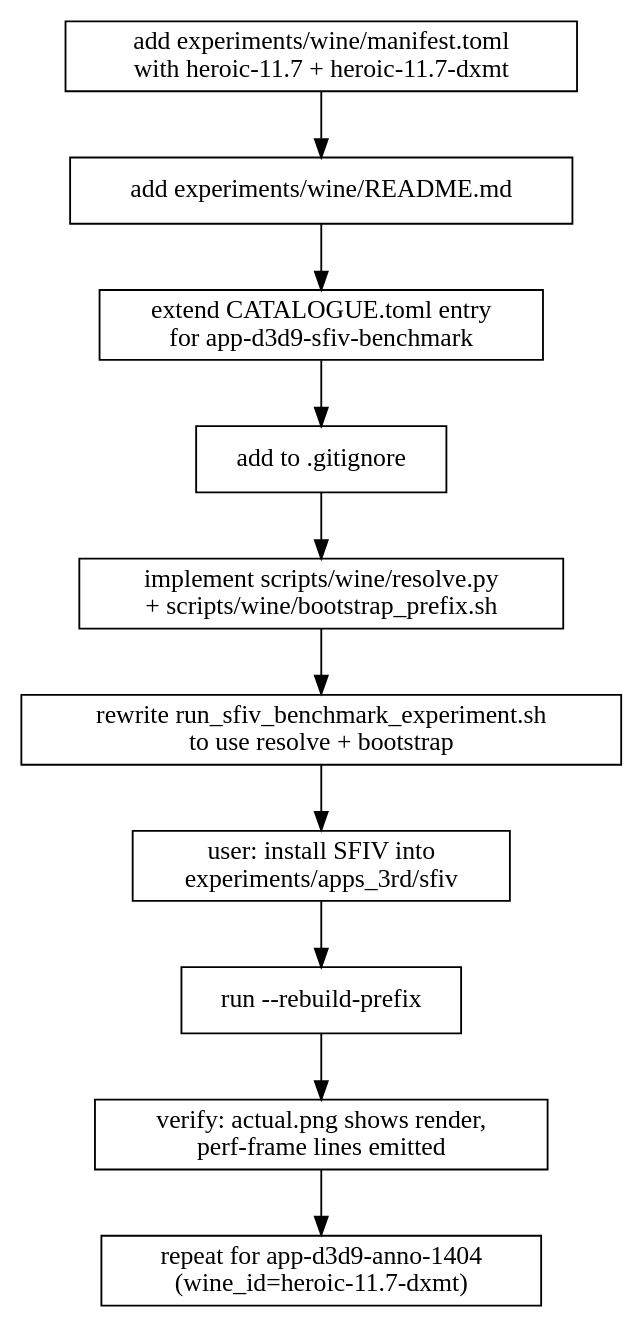
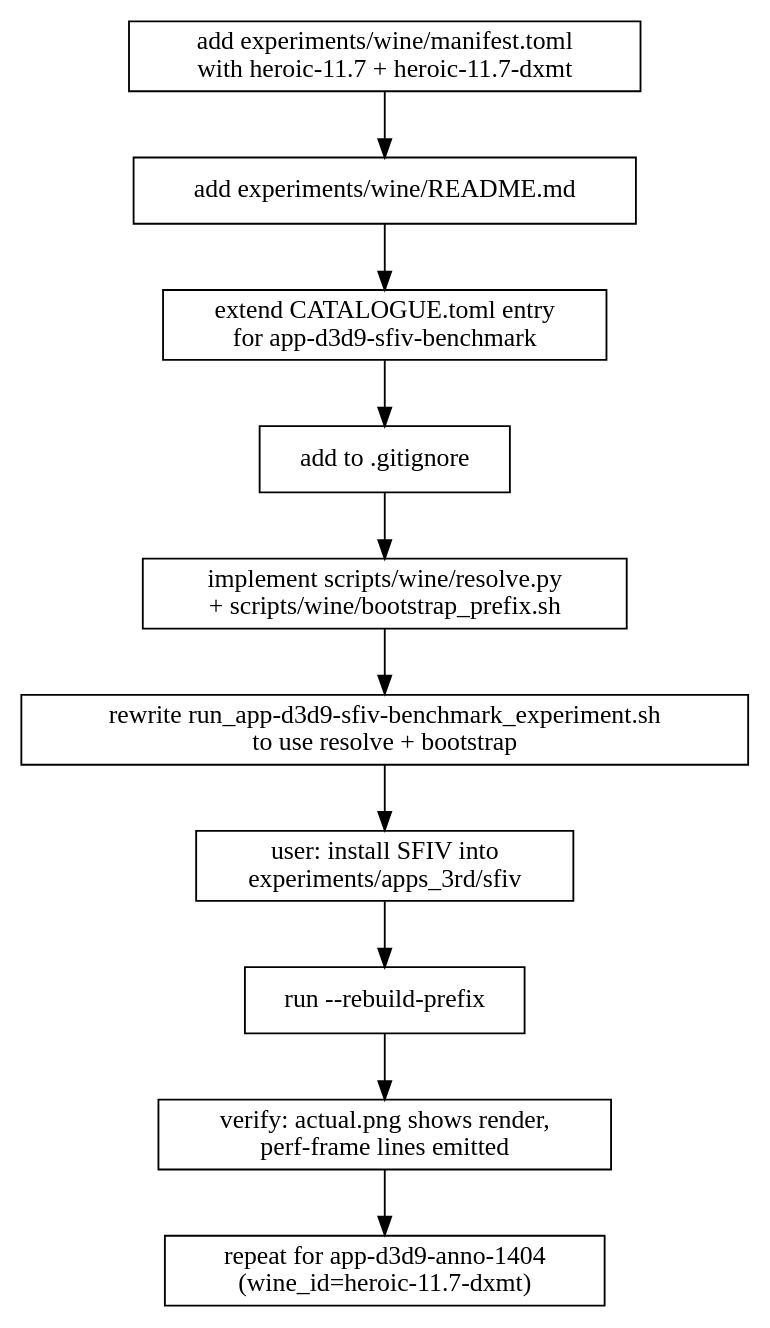
Before and after one commit to dfdgsdfg/dxmt9: the fourth of 4 diagrams in specs/experiments/runtime/design.md, drawn with Graphviz. The commit also changed 9 other files, not shown here.

````diff
--- a/specs/experiments/runtime/design.md
+++ b/specs/experiments/runtime/design.md
@@ -261,16 +261,16 @@
 ```dot
 digraph migrate_sfiv {
   s1[shape=box, label="add experiments/wine/manifest.toml\nwith heroic-11.7 + heroic-11.7-dxmt"];
   s2[shape=box, label="add experiments/wine/README.md"];
   s3[shape=box, label="extend CATALOGUE.toml entry\nfor app-d3d9-sfiv-benchmark"];
   s4[shape=box, label="add to .gitignore"];
   s5[shape=box, label="implement scripts/wine/resolve.py\n+ scripts/wine/bootstrap_prefix.sh"];
-  s6[shape=box, label="rewrite run_sfiv_benchmark_experiment.sh\nto use resolve + bootstrap"];
+  s6[shape=box, label="rewrite run_app-d3d9-sfiv-benchmark_experiment.sh\nto use resolve + bootstrap"];
   s7[shape=box, label="user: install SFIV into\nexperiments/apps_3rd/sfiv"];
   s8[shape=box, label="run --rebuild-prefix"];
   s9[shape=box, label="verify: actual.png shows render,\nperf-frame lines emitted"];
   s10[shape=box, label="repeat for app-d3d9-anno-1404\n(wine_id=heroic-11.7-dxmt)"];
 
   s1 -> s2 -> s3 -> s4 -> s5 -> s6 -> s7 -> s8 -> s9 -> s10;
 }
 ```
````
